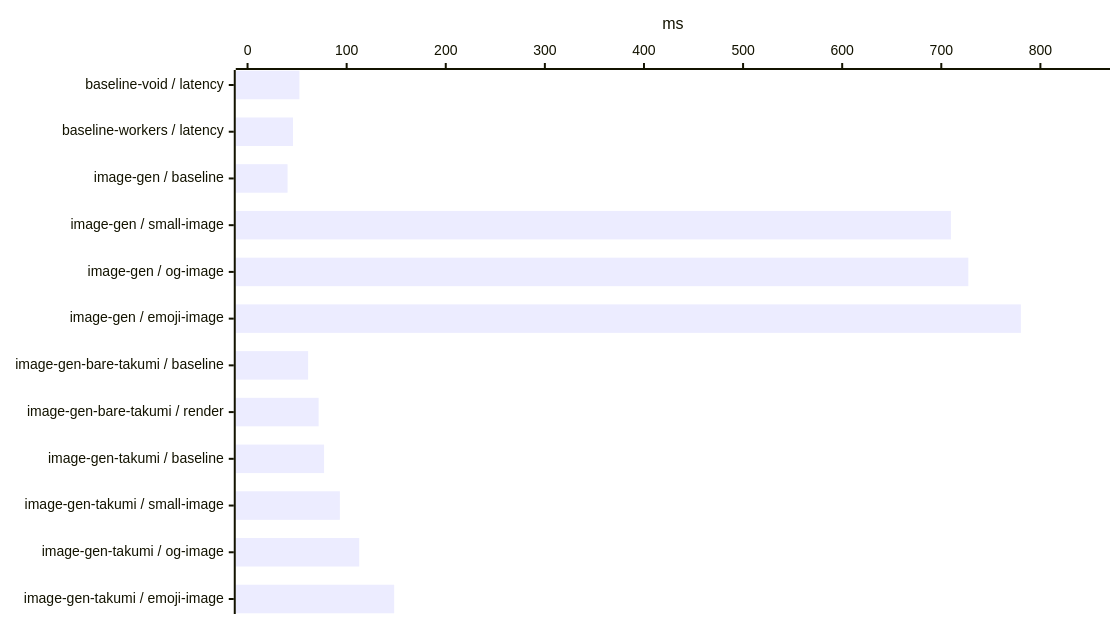
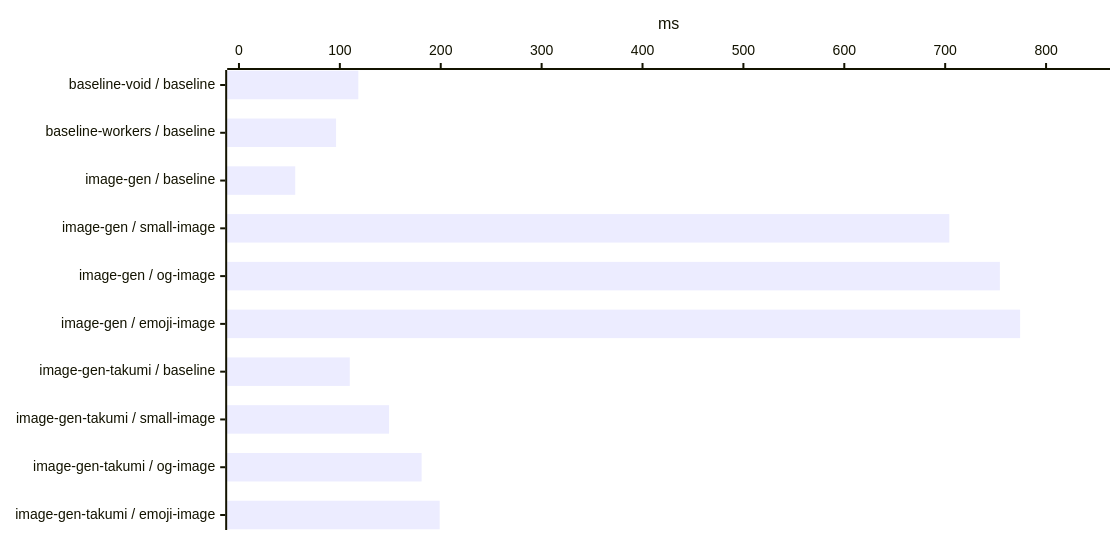
Before and after one commit to voidzero-dev/void: the tenth of 25 diagrams in benchmark/report.md, drawn with Mermaid. The commit also changed other lines of this file and 6 other files, not shown here.

````diff
--- a/benchmark/report.md
+++ b/benchmark/report.md
@@ -200,12 +197,12 @@
 ```mermaid
 ---
 config:
   xyChart:
     width: 1100
-    height: 604
+    height: 520
 ---
 xychart-beta horizontal
-    x-axis ["baseline-void / latency", "baseline-workers / latency", "image-gen / baseline", "image-gen / small-image", "image-gen / og-image", "image-gen / emoji-image", "image-gen-bare-takumi / baseline", "image-gen-bare-takumi / render", "image-gen-takumi / baseline", "image-gen-takumi / small-image", "image-gen-takumi / og-image", "image-gen-takumi / emoji-image"]
-    y-axis "ms" 0 --> 858.34462
-    bar [52.354332, 45.886533, 40.366857, 709.72557, 727.29381, 780.31329, 61.128887, 71.704312, 77.235383, 93.154694, 112.69053, 147.94954]
+    x-axis ["baseline-void / baseline", "baseline-workers / baseline", "image-gen / baseline", "image-gen / small-image", "image-gen / og-image", "image-gen / emoji-image", "image-gen-takumi / baseline", "image-gen-takumi / small-image", "image-gen-takumi / og-image", "image-gen-takumi / emoji-image"]
+    y-axis "ms" 0 --> 851.68822
+    bar [118.30581, 96.258367, 55.756107, 704.07991, 754.21121, 774.26202, 109.84753, 148.77326, 181.04784, 198.96465]
 ```
````
